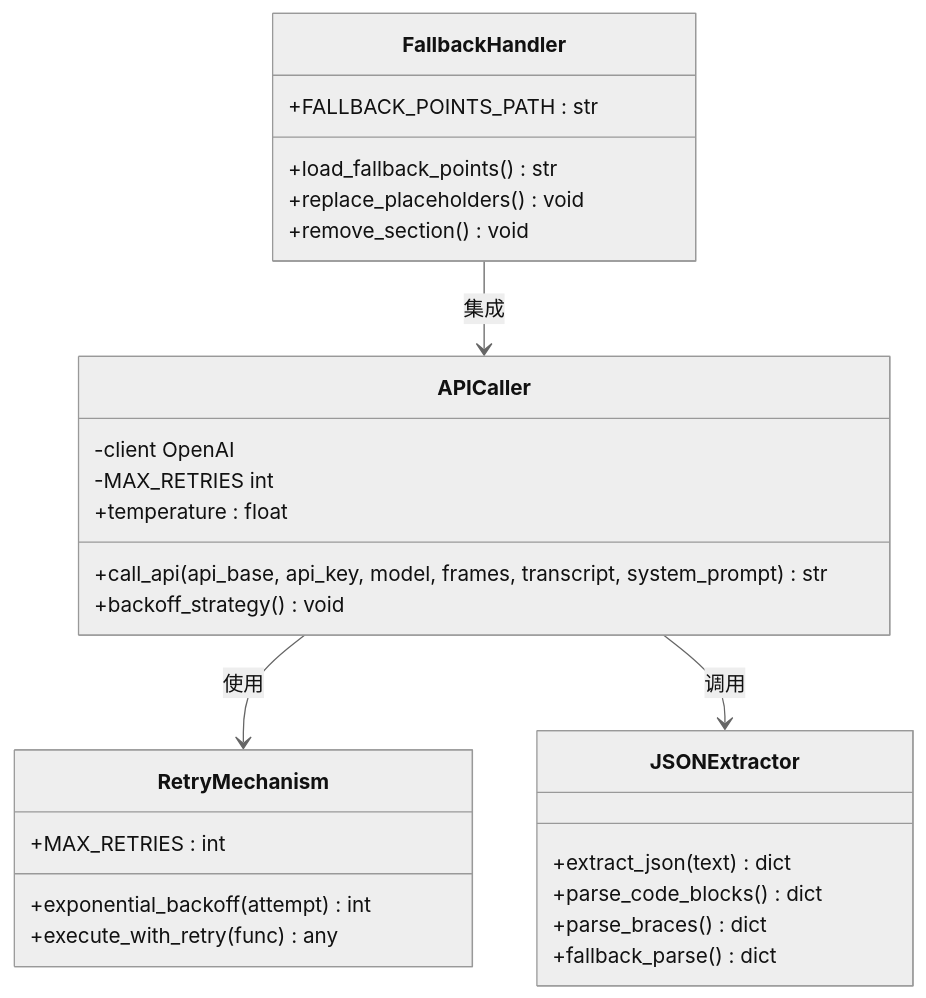
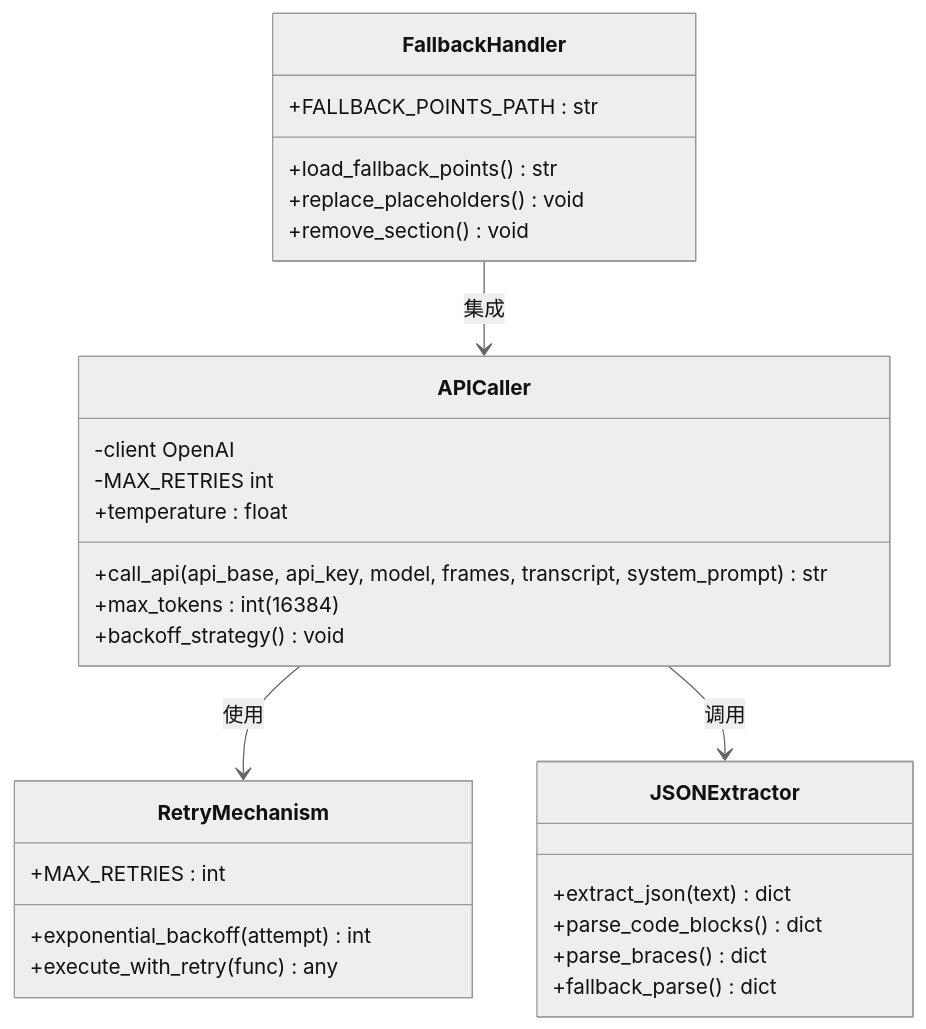
Before and after one commit to WongMingJiu/landingpage-test-hero-page: the fourth of 7 diagrams in .qoder/repowiki/zh/content/核心模块详解/多模态分析模块.md, drawn with Mermaid (neutral theme). The commit also changed other lines of this file and 7 other files, not shown here.

````diff
--- a/.qoder/repowiki/zh/content/核心模块详解/多模态分析模块.md
+++ b/.qoder/repowiki/zh/content/核心模块详解/多模态分析模块.md
@@ -233,30 +247,31 @@
 ```mermaid
 classDiagram
 class APICaller {
 +call_api(api_base, api_key, model, frames, transcript, system_prompt) str
 -client OpenAI
 -MAX_RETRIES int
 +temperature : float
++max_tokens : int (16384)
 +backoff_strategy() void
 }
 class RetryMechanism {
 +MAX_RETRIES : int
 +exponential_backoff(attempt) int
 +execute_with_retry(func) any
 }
 class JSONExtractor {
 +extract_json(text) dict
 +parse_code_blocks() dict
 +parse_braces() dict
 +fallback_parse() dict
 }
 class FallbackHandler {
 +FALLBACK_POINTS_PATH : str
 +load_fallback_points() str
 +replace_placeholders() void
 +remove_section() void
 }
 APICaller --> RetryMechanism : 使用
 APICaller --> JSONExtractor : 调用
 FallbackHandler --> APICaller : 集成
 ```
````
